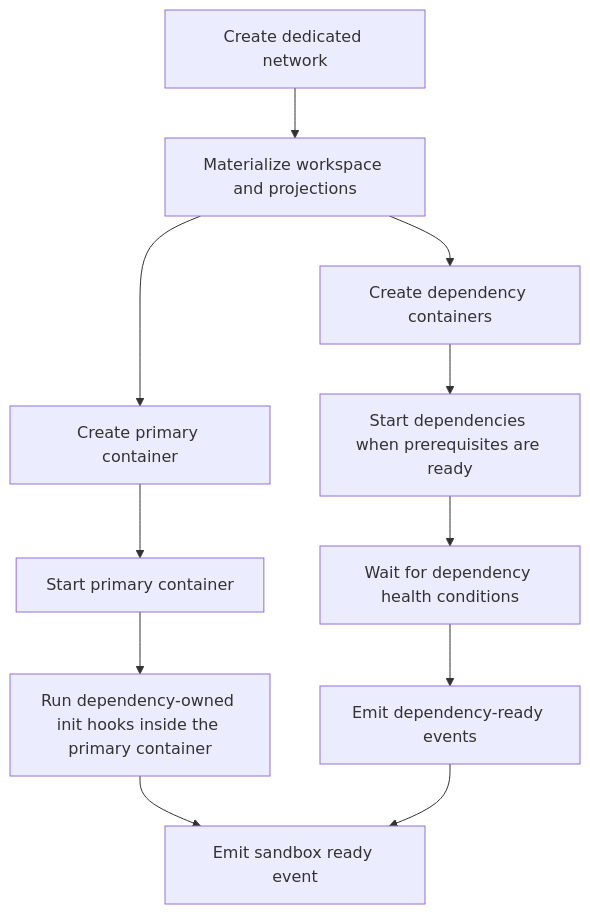
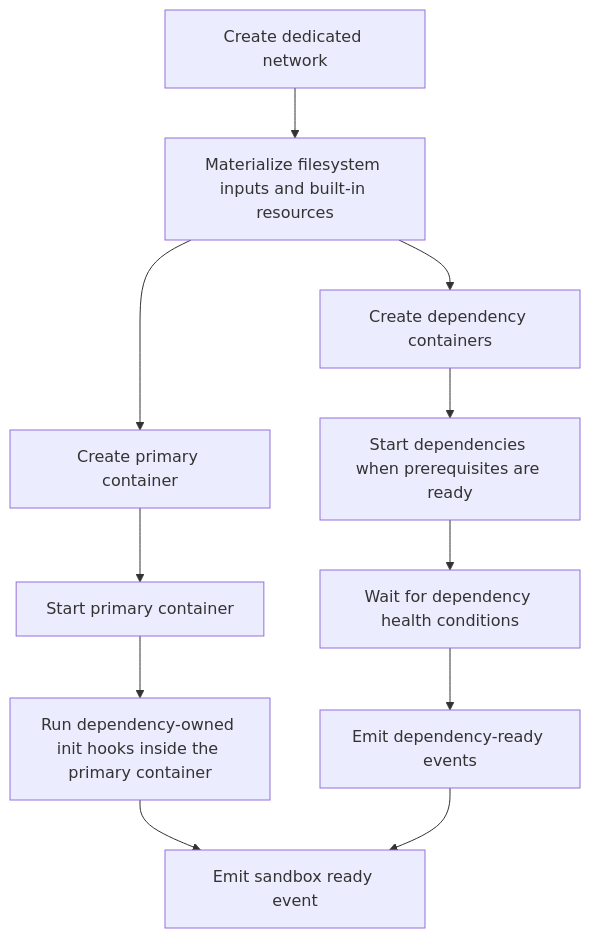
Before and after one commit to 1996fanrui/agents-sandbox: the diagram in docs/container_dependency_strategy.md, drawn with Mermaid. The commit also changed other lines of this file and 24 other files, not shown here.

````diff
--- a/docs/container_dependency_strategy.md
+++ b/docs/container_dependency_strategy.md
@@ -82,13 +93,13 @@
 ```mermaid
 flowchart TB
-    A[Create dedicated network] --> B[Materialize workspace and projections]
+    A[Create dedicated network] --> B[Materialize filesystem inputs and built-in resources]
     B --> C[Create dependency containers]
     B --> D[Create primary container]
     C --> E[Start dependencies when prerequisites are ready]
     D --> F[Start primary container]
     E --> G[Wait for dependency health conditions]
     F --> H[Run dependency-owned init hooks inside the primary container]
     G --> I[Emit dependency-ready events]
     H --> J[Emit sandbox ready event]
     I --> J
 ```
````
